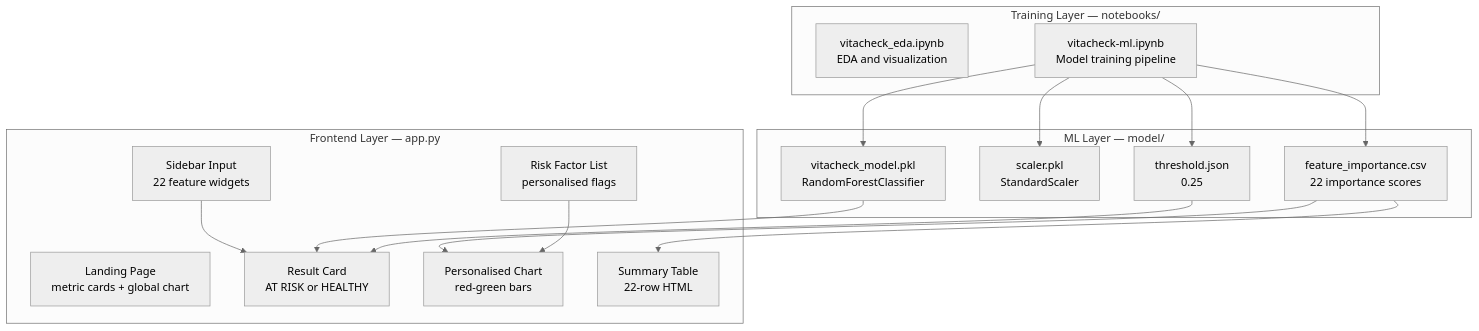
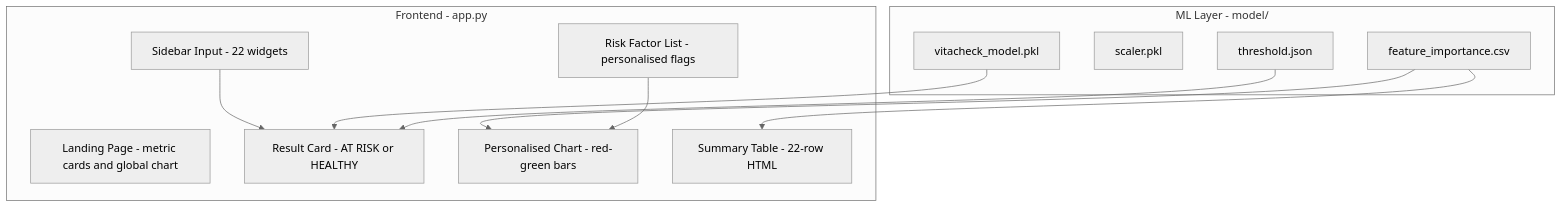
The ninth of 14 diagrams in README.md (KARTHIKAKRISHNA123/vitacheck-ml), drawn with Mermaid (neutral theme) before and after one commit. The commit also changed other lines of this file, not shown here.

````diff
--- a/README.md
+++ b/README.md
@@ -492,34 +365,23 @@
 ```mermaid
 flowchart TD
-    subgraph Frontend["Frontend Layer — app.py"]
-        CMP1A[Sidebar Input\n22 feature widgets]
-        CMP2A[Landing Page\nmetric cards + global chart]
-        CMP3A[Result Card\nAT RISK or HEALTHY]
-        CMP4A[Risk Factor List\npersonalised flags]
-        CMP5A[Personalised Chart\nred-green bars]
-        CMP6A[Summary Table\n22-row HTML]
+    subgraph FrontendLayer["Frontend - app.py"]
+        CMP1[Sidebar Input - 22 widgets]
+        CMP2[Landing Page - metric cards and global chart]
+        CMP3[Result Card - AT RISK or HEALTHY]
+        CMP4[Risk Factor List - personalised flags]
+        CMP5[Personalised Chart - red-green bars]
+        CMP6[Summary Table - 22-row HTML]
     end
-
-    subgraph ML["ML Layer — model/"]
-        CMP7A[vitacheck_model.pkl\nRandomForestClassifier]
-        CMP8A[scaler.pkl\nStandardScaler]
-        CMP9A[feature_importance.csv\n22 importance scores]
-        CMP10A[threshold.json\n0.25]
+    subgraph MLLayer["ML Layer - model/"]
+        CMP7[vitacheck_model.pkl]
+        CMP8[scaler.pkl]
+        CMP9[feature_importance.csv]
+        CMP10[threshold.json]
     end
-
-    subgraph Notebook["Training Layer — notebooks/"]
-        CMP11A[vitacheck_eda.ipynb\nEDA and visualization]
-        CMP12A[vitacheck-ml.ipynb\nModel training pipeline]
-    end
-
-    CMP1A --> CMP3A
-    CMP7A --> CMP3A
-    CMP10A --> CMP3A
-    CMP9A --> CMP5A
-    CMP9A --> CMP6A
-    CMP4A --> CMP5A
-    CMP12A --> CMP7A
-    CMP12A --> CMP8A
-    CMP12A --> CMP9A
-    CMP12A --> CMP10A
+    CMP1 --> CMP3
+    CMP7 --> CMP3
+    CMP10 --> CMP3
+    CMP9 --> CMP5
+    CMP9 --> CMP6
+    CMP4 --> CMP5
 ```
````
